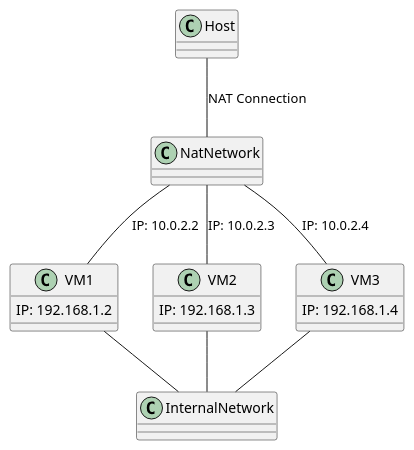
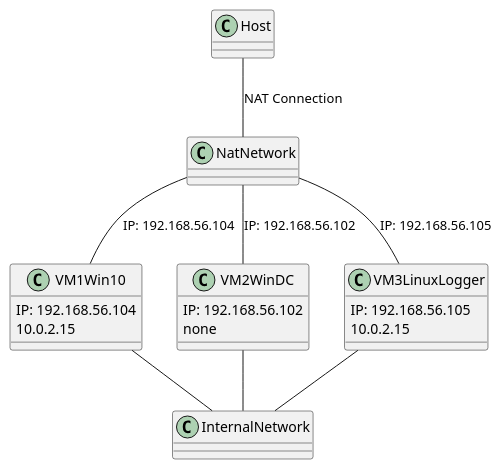
Before and after one commit to Blackrose-1337/M182_Docu_LB2: the diagram in docs/tech_daten/Netzwerk_Diagramm.md, drawn with PlantUML.

````diff
--- a/docs/tech_daten/Netzwerk_Diagramm.md
+++ b/docs/tech_daten/Netzwerk_Diagramm.md
@@ -3,34 +3,37 @@
 ```plantuml
 @startuml
 class Host {
 }
 
-class VM1 {
-  IP: 192.168.1.2
+class VM1Win10 {
+  IP: 192.168.56.104
+      10.0.2.15
 }
 
-class VM2 {
-  IP: 192.168.1.3
+class VM2WinDC {
+  IP: 192.168.56.102
+      none
 }
 
-class VM3 {
-  IP: 192.168.1.4
+class VM3LinuxLogger {
+  IP: 192.168.56.105
+      10.0.2.15
 }
 
 class InternalNetwork {
 }
 
 class NatNetwork {
 }
 
 Host -- NatNetwork : NAT Connection
-NatNetwork -- VM1 : IP: 10.0.2.2
-NatNetwork -- VM2 : IP: 10.0.2.3
-NatNetwork -- VM3 : IP: 10.0.2.4
+NatNetwork -- VM1Win10 : IP: 192.168.56.104
+NatNetwork -- VM2WinDC : IP: 192.168.56.102
+NatNetwork -- VM3LinuxLogger : IP: 192.168.56.105
 
-VM1 -- InternalNetwork
-VM2 -- InternalNetwork
-VM3 -- InternalNetwork
+VM1Win10 -- InternalNetwork
+VM2WinDC -- InternalNetwork
+VM3LinuxLogger -- InternalNetwork
 
 @enduml
 ```
````
